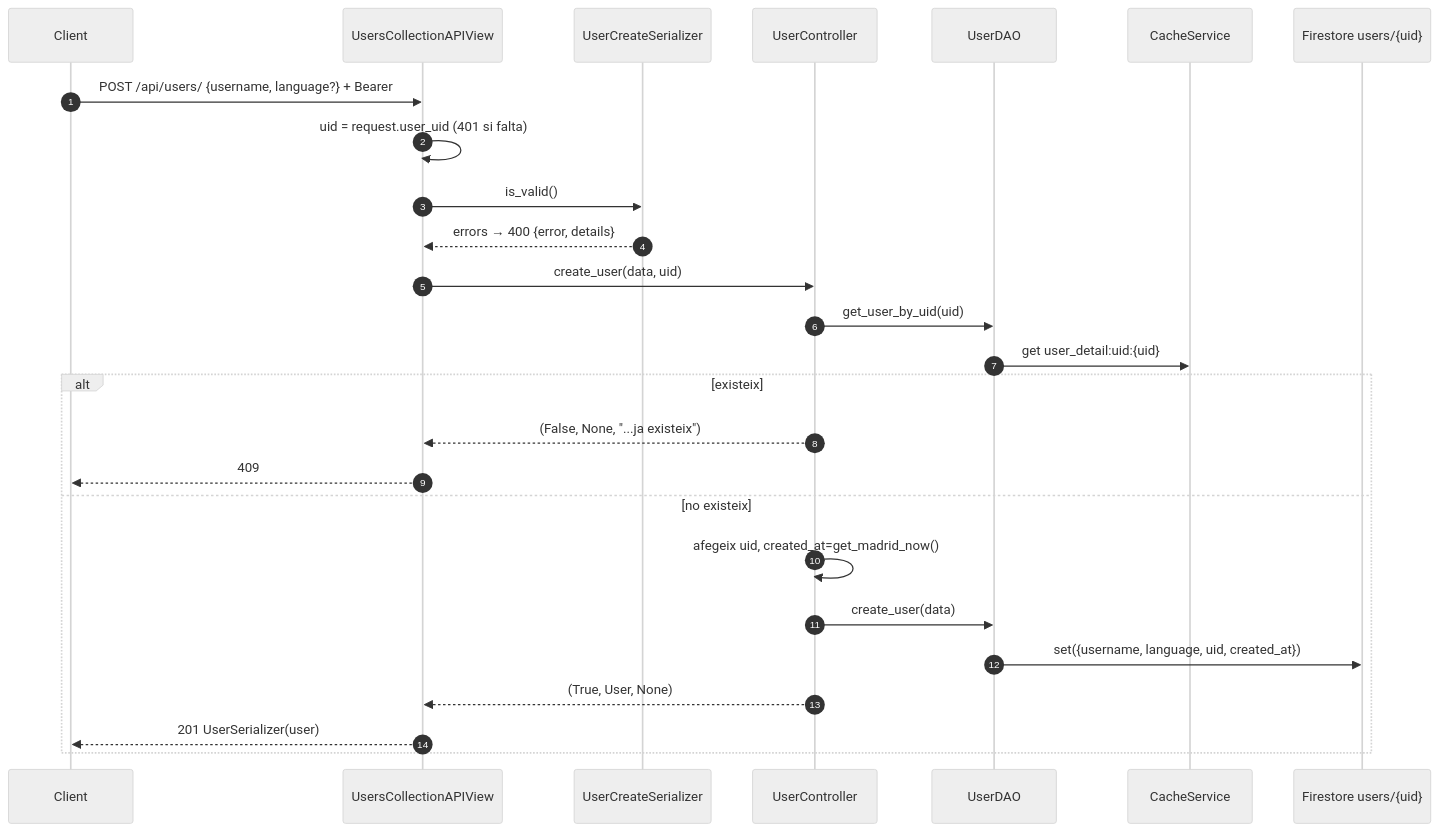
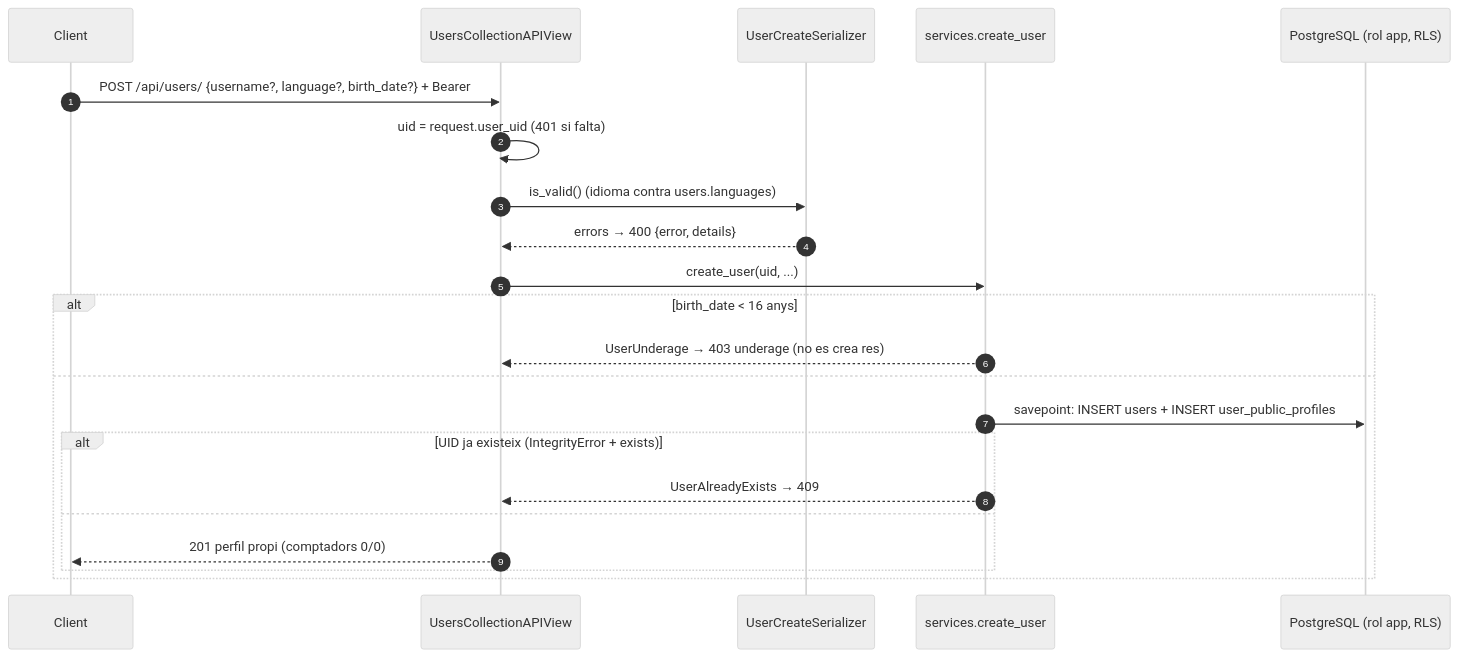
Before and after one commit to jordirev/RefugisLliures_Backend: the first of 2 diagrams in docs/flows/01-user-profile.md, drawn with Mermaid (neutral theme). The commit also changed other lines of this file and 26 other files, not shown here.

Commit message:
[Usuaris] docs: documentació del chunk 3 (usuaris a PostgreSQL, HasProfile, gotchas i deute tècnic)

````diff
--- a/docs/flows/01-user-profile.md
+++ b/docs/flows/01-user-profile.md
@@ -19,29 +28,25 @@
 ```mermaid
 sequenceDiagram
     autonumber
     participant C as Client
     participant V as UsersCollectionAPIView
     participant S as UserCreateSerializer
-    participant UC as UserController
-    participant D as UserDAO
-    participant K as CacheService
-    participant F as Firestore users/{uid}
+    participant SV as services.create_user
+    participant DB as PostgreSQL (rol app, RLS)
 
-    C->>V: POST /api/users/ {username, language?} + Bearer
+    C->>V: POST /api/users/ {username?, language?, birth_date?} + Bearer
     V->>V: uid = request.user_uid (401 si falta)
-    V->>S: is_valid()
+    V->>S: is_valid() (idioma contra users.languages)
     S-->>V: errors → 400 {error, details}
-    V->>UC: create_user(data, uid)
-    UC->>D: get_user_by_uid(uid)
-    D->>K: get user_detail:uid:{uid}
-    alt existeix
-        UC-->>V: (False, None, "...ja existeix")
-        V-->>C: 409
-    else no existeix
-        UC->>UC: afegeix uid, created_at=get_madrid_now()
-        UC->>D: create_user(data)
-        D->>F: set({username, language, uid, created_at})
-        UC-->>V: (True, User, None)
-        V-->>C: 201 UserSerializer(user)
+    V->>SV: create_user(uid, ...)
+    alt birth_date < 16 anys
+        SV-->>V: UserUnderage → 403 underage (no es crea res)
+    else
+        SV->>DB: savepoint: INSERT users + INSERT user_public_profiles
+        alt UID ja existeix (IntegrityError + exists)
+            SV-->>V: UserAlreadyExists → 409
+        else
+            V-->>C: 201 perfil propi (comptadors 0/0)
+        end
     end
 ```
````
